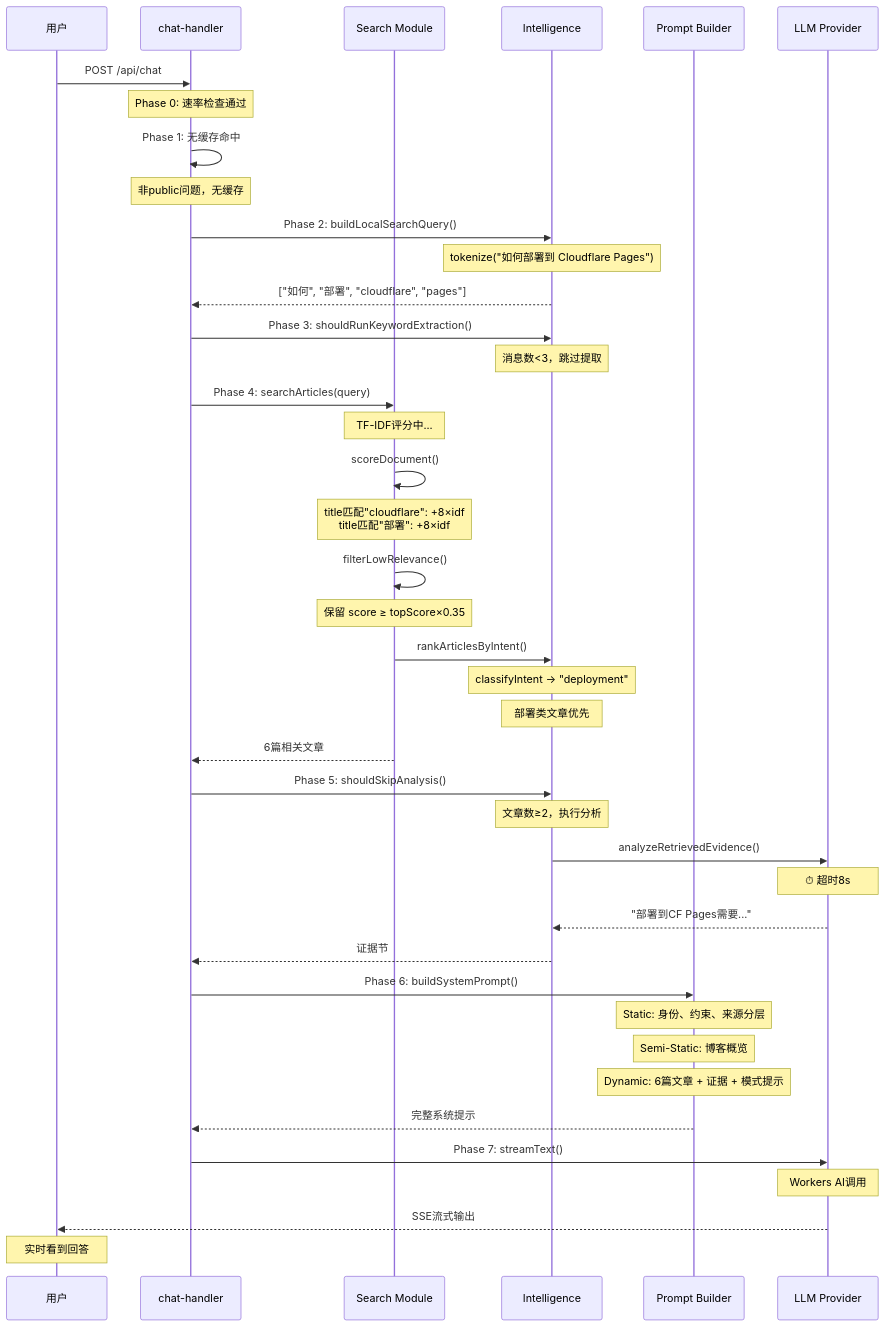
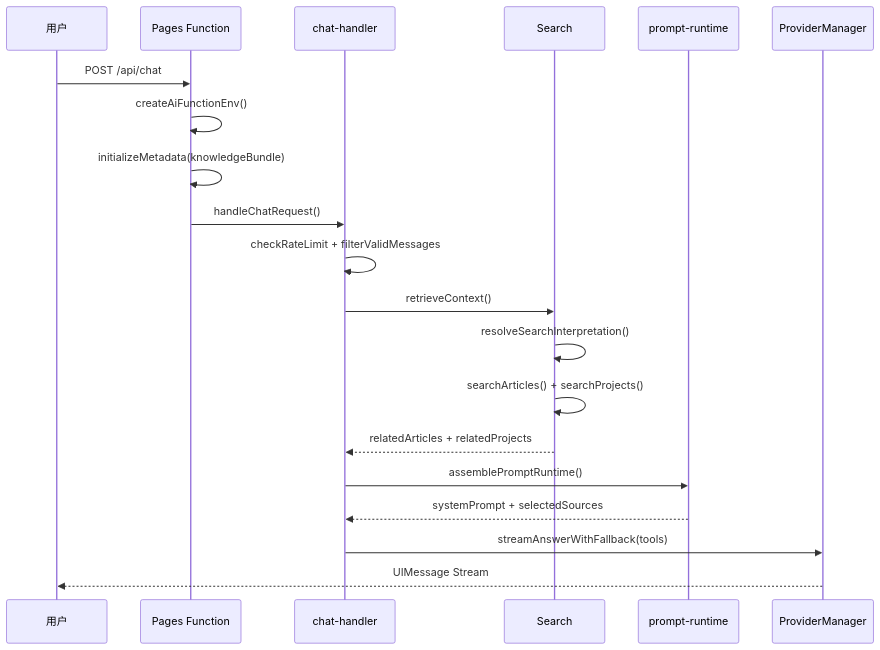
One commit to souloss/astro-minblog changed the fourth of 11 diagrams in apps/blog/src/data/blog/zh/ai-module-architecture.md. Above: the diagram before and after it, drawn with Mermaid. The commit also changed other lines of this file, not shown here.

First line of the commit message:
docs(blog): rewrite Chinese AI architecture deep dive

````diff
--- a/apps/blog/src/data/blog/zh/ai-module-architecture.md
+++ b/apps/blog/src/data/blog/zh/ai-module-architecture.md
@@ -1069,52 +522,23 @@
 ```mermaid
 sequenceDiagram
     participant U as 用户
+    participant F as Pages Function
     participant H as chat-handler
-    participant S as Search Module
-    participant I as Intelligence
-    participant P as Prompt Builder
-    participant L as LLM Provider
+    participant S as Search
+    participant P as prompt-runtime
+    participant M as ProviderManager
 
-    U->>H: POST /api/chat
-    Note over H: Phase 0: 速率检查通过
-
-    H->>H: Phase 1: 无缓存命中
-    Note over H: 非public问题，无缓存
-
-    H->>I: Phase 2: buildLocalSearchQuery()
-    Note over I: tokenize("如何部署到 Cloudflare Pages")
-    I-->>H: ["如何", "部署", "cloudflare", "pages"]
-
-    H->>I: Phase 3: shouldRunKeywordExtraction()
-    Note over I: 消息数<3，跳过提取
-
-    H->>S: Phase 4: searchArticles(query)
-    Note over S: TF-IDF评分中...
-    S->>S: scoreDocument()
-    Note over S: title匹配"cloudflare": +8×idf<br/>title匹配"部署": +8×idf
-    S->>S: filterLowRelevance()
-    Note over S: 保留 score ≥ topScore×0.35
-    S->>I: rankArticlesByIntent()
-    Note over I: classifyIntent → "deployment"
-    Note over I: 部署类文章优先
-    S-->>H: 6篇相关文章
-
-    H->>I: Phase 5: shouldSkipAnalysis()
-    Note over I: 文章数≥2，执行分析
-    I->>L: analyzeRetrievedEvidence()
-    Note over L: ⏱ 超时8s
-    L-->>I: "部署到CF Pages需要..."
-    I-->>H: 证据节
-
-    H->>P: Phase 6: buildSystemPrompt()
-    Note over P: Static: 身份、约束、来源分层
-    Note over P: Semi-Static: 博客概览
-    Note over P: Dynamic: 6篇文章 + 证据 + 模式提示
-    P-->>H: 完整系统提示
-
-    H->>L: Phase 7: streamText()
-    Note over L: Workers AI调用
-    L-->>U: SSE流式输出
-
-    Note over U: 实时看到回答
+    U->>F: POST /api/chat
+    F->>F: createAiFunctionEnv()
+    F->>F: initializeMetadata(knowledgeBundle)
+    F->>H: handleChatRequest()
+    H->>H: checkRateLimit + filterValidMessages
+    H->>S: retrieveContext()
+    S->>S: resolveSearchInterpretation()
+    S->>S: searchArticles() + searchProjects()
+    S-->>H: relatedArticles + relatedProjects
+    H->>P: assemblePromptRuntime()
+    P-->>H: systemPrompt + selectedSources
+    H->>M: streamAnswerWithFallback(tools)
+    M-->>U: UIMessage Stream
 ```
````
